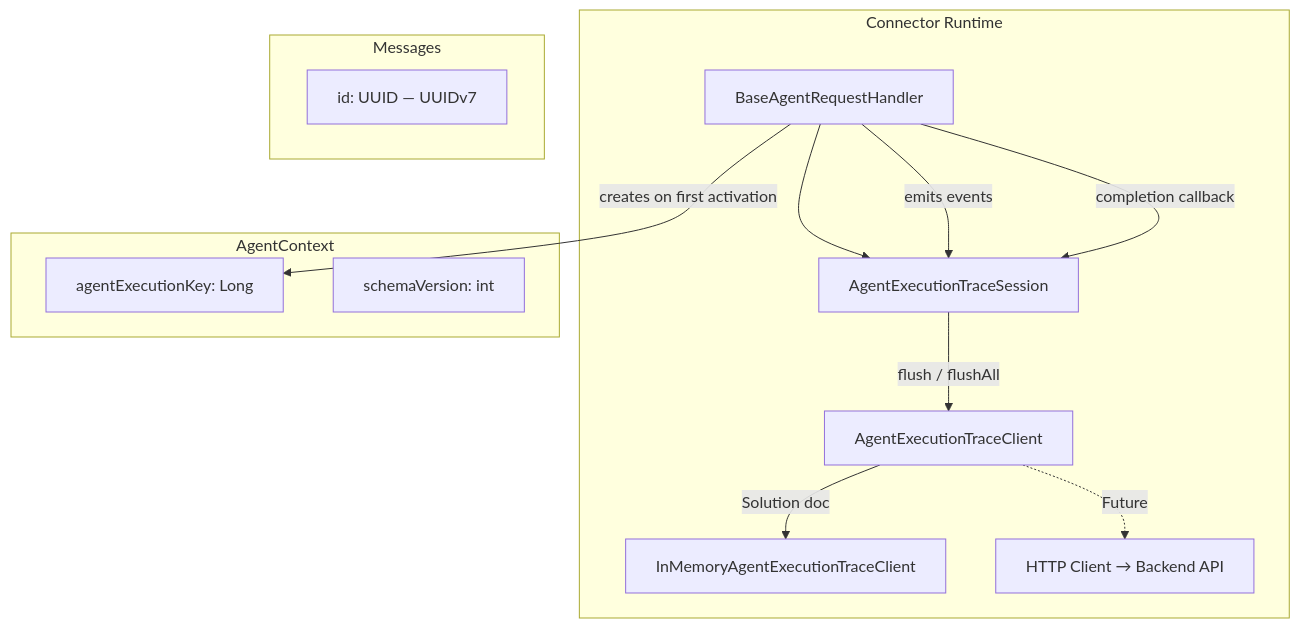
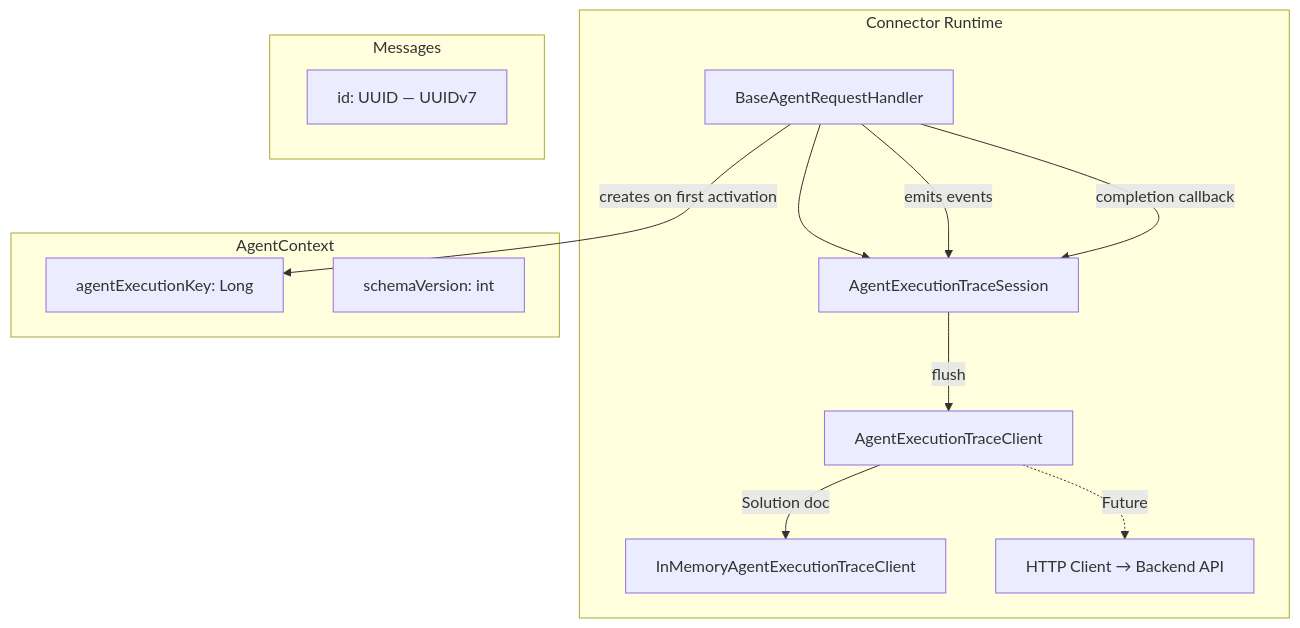
One commit to camunda/connectors changed the third of 7 diagrams in connectors/agentic-ai/docs/tracing/design.md. Above: the diagram before and after it, drawn with Mermaid. The commit also changed other lines of this file and 1 other file, not shown here.

````diff
--- a/connectors/agentic-ai/docs/tracing/design.md
+++ b/connectors/agentic-ai/docs/tracing/design.md
@@ -203,22 +211,22 @@
 ```mermaid
 flowchart TD
     subgraph Connector Runtime
         H[BaseAgentRequestHandler] --> S[AgentExecutionTraceSession]
-        S --> |flush / flushAll| CL[AgentExecutionTraceClient]
+        S --> |flush| CL[AgentExecutionTraceClient]
         CL --> |Solution doc| MEM[InMemoryAgentExecutionTraceClient]
         CL -.-> |Future| HTTP[HTTP Client → Backend API]
     end
 
     subgraph AgentContext
         AK[agentExecutionKey: Long]
         SV[schemaVersion: int]
     end
 
     subgraph Messages
         MID[id: UUID — UUIDv7]
     end
 
     H --> |creates on first activation| AK
     H --> |emits events| S
     H --> |completion callback| S
 ```
````
